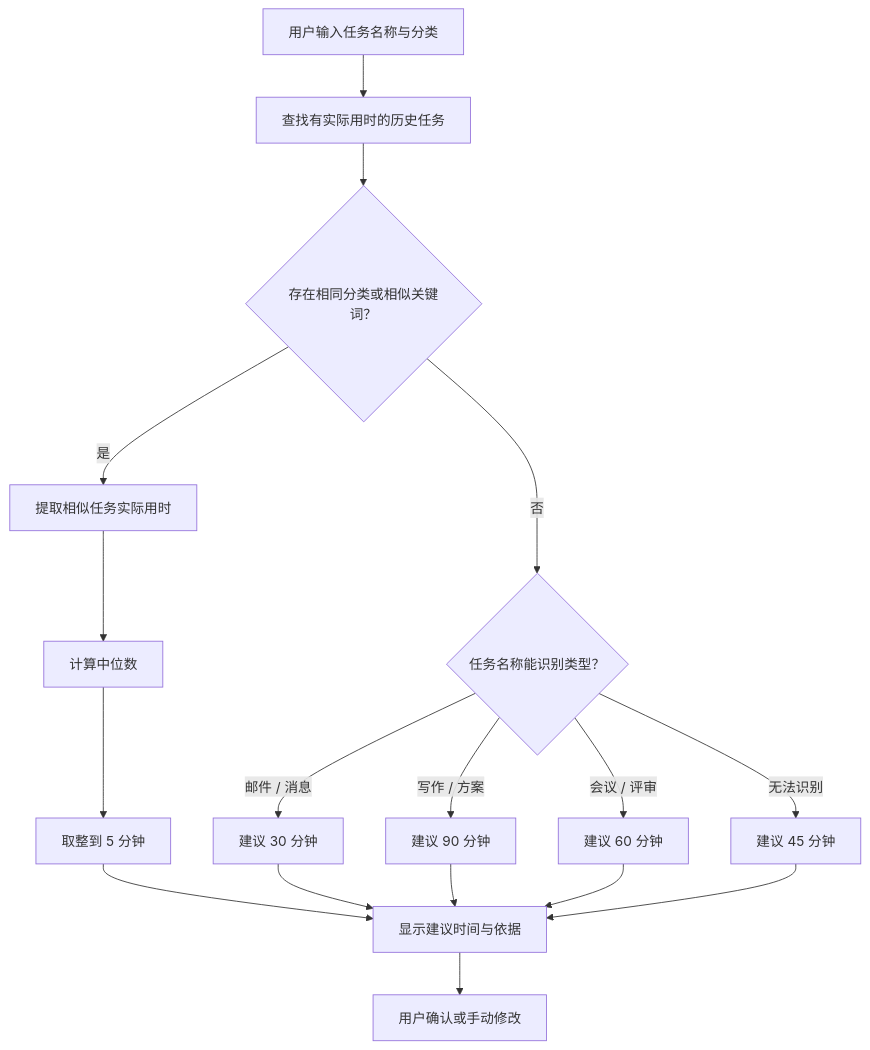
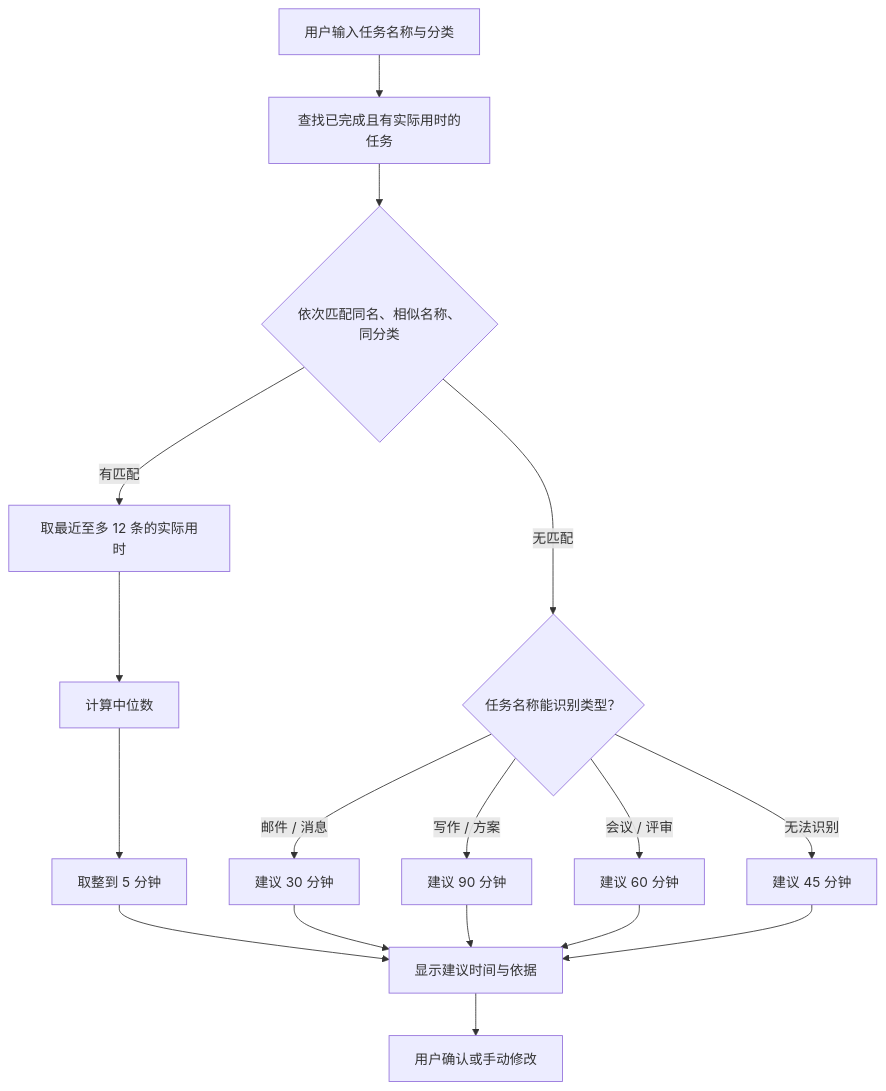
Before and after one commit to caoaolei/One-Day: the fifth of 6 diagrams in PRODUCT_SPEC.md, drawn with Mermaid. The commit also changed other lines of this file and 9 other files, not shown here.

````diff
--- a/PRODUCT_SPEC.md
+++ b/PRODUCT_SPEC.md
@@ -355,19 +354,19 @@
 ```mermaid
 flowchart TD
-    A["用户输入任务名称与分类"] --> B["查找有实际用时的历史任务"]
-    B --> C{"存在相同分类或相似关键词？"}
-    C -->|是| D["提取相似任务实际用时"]
+    A["用户输入任务名称与分类"] --> B["查找已完成且有实际用时的任务"]
+    B --> C{"依次匹配同名、相似名称、同分类"}
+    C -->|有匹配| D["取最近至多 12 条的实际用时"]
     D --> E["计算中位数"]
     E --> F["取整到 5 分钟"]
-    C -->|否| G{"任务名称能识别类型？"}
+    C -->|无匹配| G{"任务名称能识别类型？"}
     G -->|邮件 / 消息| H["建议 30 分钟"]
     G -->|写作 / 方案| I["建议 90 分钟"]
     G -->|会议 / 评审| J["建议 60 分钟"]
     G -->|无法识别| K["建议 45 分钟"]
     F --> L["显示建议时间与依据"]
     H --> L
     I --> L
     J --> L
     K --> L
     L --> M["用户确认或手动修改"]
 ```
````
